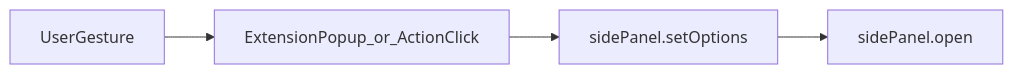
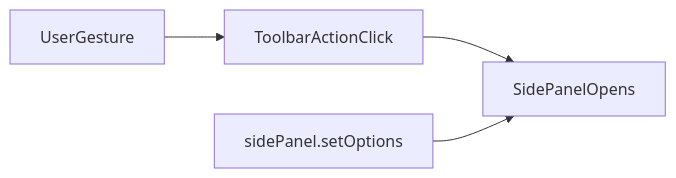
Before and after one commit to Gypsophila-ui/Impulse: the first of 2 diagrams in docs/chrome-extension-pdf-reading-api.md, drawn with Mermaid. The commit also changed other lines of this file and 7 other files, not shown here.

````diff
--- a/docs/chrome-extension-pdf-reading-api.md
+++ b/docs/chrome-extension-pdf-reading-api.md
@@ -65,10 +65,10 @@
 ```mermaid
 flowchart LR
   user[UserGesture]
-  popup[ExtensionPopup_or_ActionClick]
+  action[ToolbarActionClick]
   setOpts[sidePanel.setOptions]
-  open[sidePanel.open]
-  user --> popup
-  popup --> setOpts
-  setOpts --> open
+  panel[SidePanelOpens]
+  user --> action
+  action --> panel
+  setOpts --> panel
 ```
````
